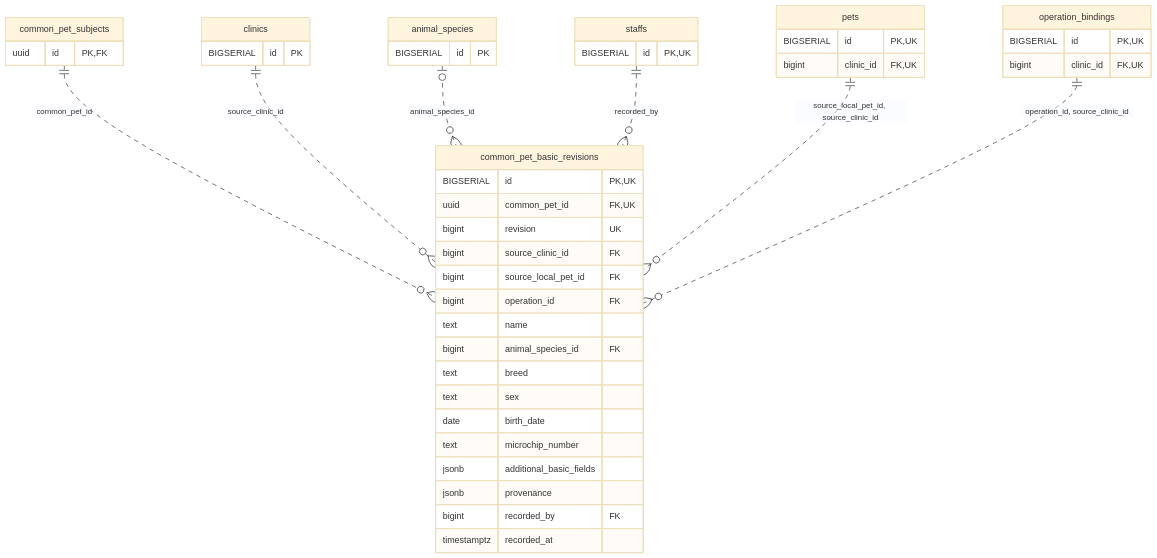
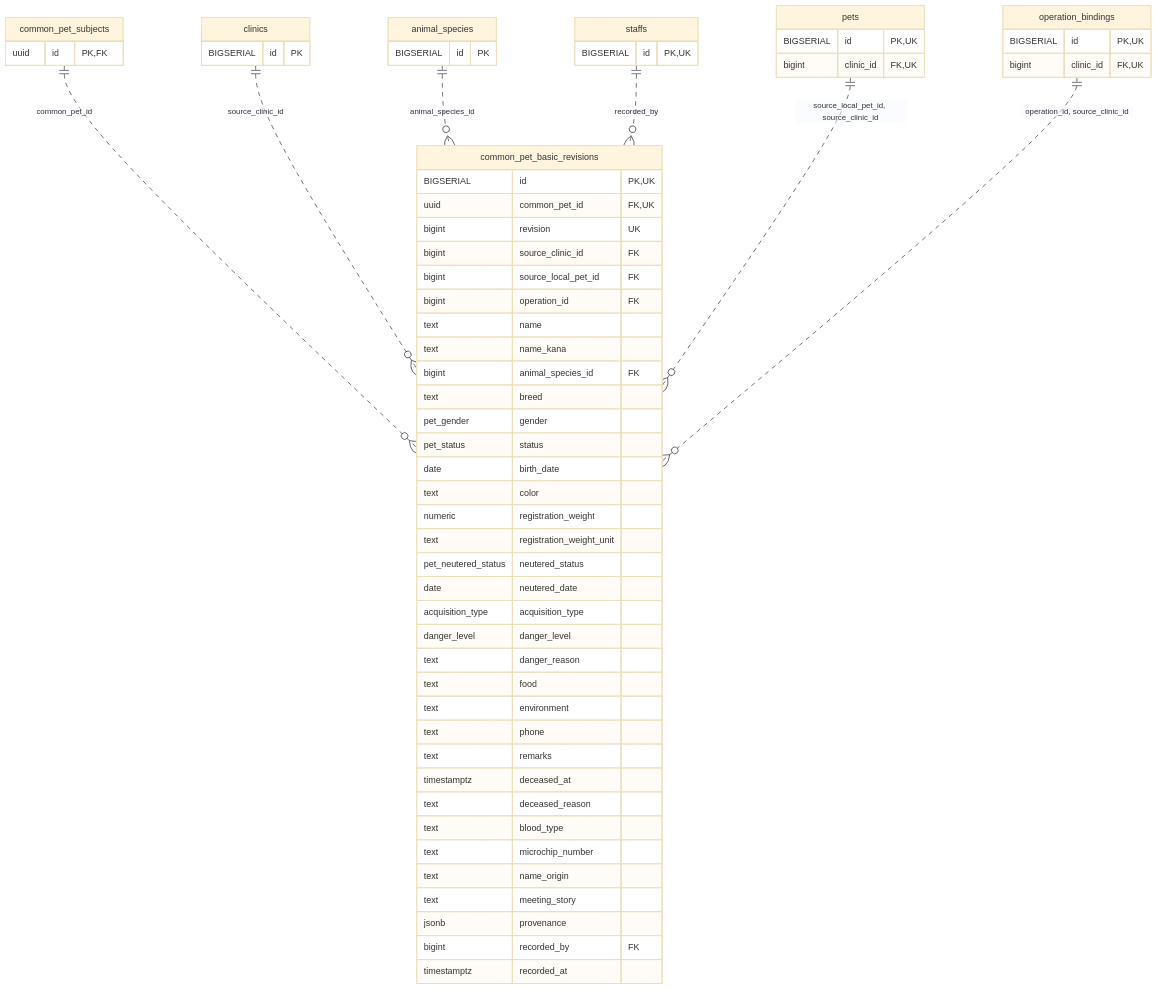
Before and after one commit to MinoruSoga/AnimalEkarte: the diagram in docs/architecture/erd-detail/common_pet_basic_revisions.md, drawn with Mermaid (base theme). The commit also changed other lines of this file and 147 other files, not shown here.

````diff
--- a/docs/architecture/erd-detail/common_pet_basic_revisions.md
+++ b/docs/architecture/erd-detail/common_pet_basic_revisions.md
@@ -39,47 +57,65 @@
 ```mermaid
 erDiagram
     common_pet_basic_revisions {
         BIGSERIAL id PK,UK
         uuid common_pet_id FK,UK
         bigint revision UK
         bigint source_clinic_id FK
         bigint source_local_pet_id FK
         bigint operation_id FK
         text name
+        text name_kana
         bigint animal_species_id FK
         text breed
-        text sex
+        pet_gender gender
+        pet_status status
         date birth_date
+        text color
+        numeric registration_weight
+        text registration_weight_unit
+        pet_neutered_status neutered_status
+        date neutered_date
+        acquisition_type acquisition_type
+        danger_level danger_level
+        text danger_reason
+        text food
+        text environment
+        text phone
+        text remarks
+        timestamptz deceased_at
+        text deceased_reason
+        text blood_type
         text microchip_number
-        jsonb additional_basic_fields
+        text name_origin
+        text meeting_story
         jsonb provenance
         bigint recorded_by FK
         timestamptz recorded_at
     }
     animal_species {
         BIGSERIAL id PK
     }
     clinics {
         BIGSERIAL id PK
     }
     common_pet_subjects {
         uuid id PK,FK
     }
     operation_bindings {
         BIGSERIAL id PK,UK
         bigint clinic_id FK,UK
     }
     pets {
         BIGSERIAL id PK,UK
         bigint clinic_id FK,UK
     }
     staffs {
         BIGSERIAL id PK,UK
     }
     common_pet_subjects ||..o{ common_pet_basic_revisions : "common_pet_id"
     clinics ||..o{ common_pet_basic_revisions : "source_clinic_id"
-    animal_species o|..o{ common_pet_basic_revisions : "animal_species_id"
+    animal_species ||..o{ common_pet_basic_revisions : "animal_species_id"
     staffs ||..o{ common_pet_basic_revisions : "recorded_by"
     pets ||..o{ common_pet_basic_revisions : "source_local_pet_id, source_clinic_id"
     operation_bindings ||..o{ common_pet_basic_revisions : "operation_id, source_clinic_id"
 ```
````
